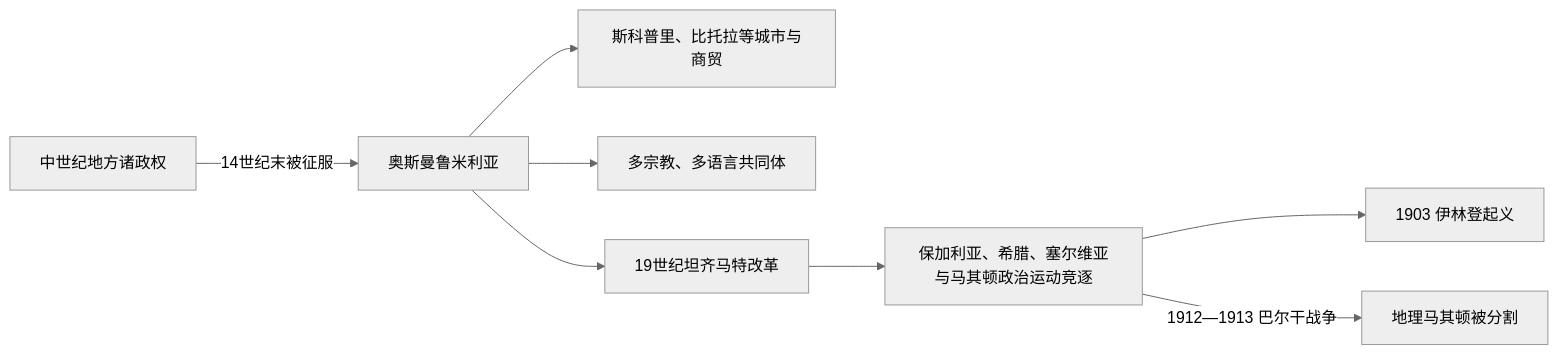
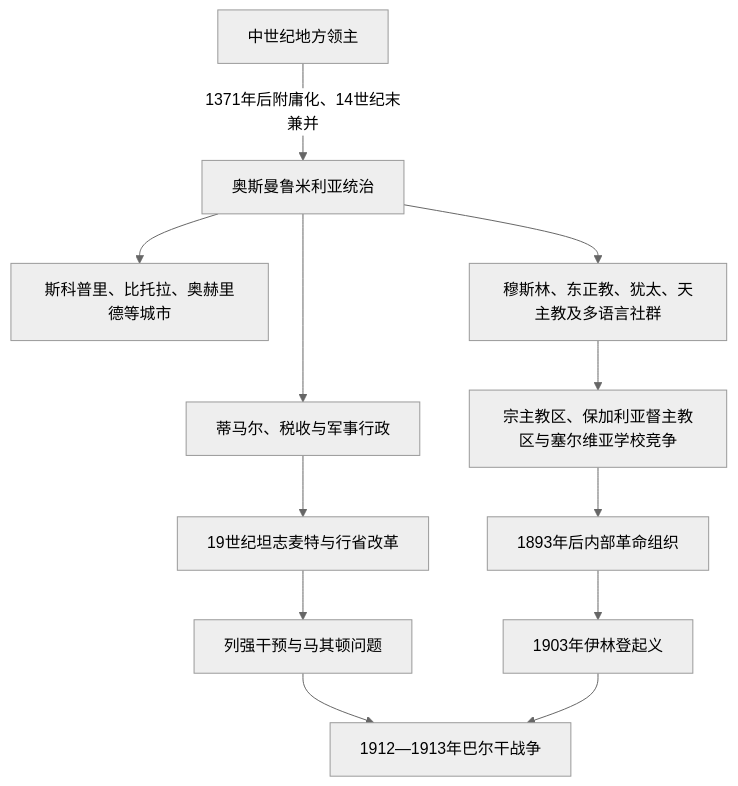
One commit to tianlan-dev/learning-notes changed the diagram in 人文科学/历史/欧洲/东南欧与巴尔干/北马其顿/奥斯曼统治下的马其顿地区.md. Above: the diagram before and after it, drawn with Mermaid (neutral theme). The commit also changed other lines of this file and 1417 other files, not shown here.

````diff
--- a/人文科学/历史/欧洲/东南欧与巴尔干/北马其顿/奥斯曼统治下的马其顿地区.md
+++ b/人文科学/历史/欧洲/东南欧与巴尔干/北马其顿/奥斯曼统治下的马其顿地区.md
@@ -17,10 +15,14 @@
 ```mermaid
-flowchart LR
-  Medieval["中世纪地方诸政权"] -->|"14世纪末被征服"| Ottoman["奥斯曼鲁米利亚"]
-  Ottoman --> Cities["斯科普里、比托拉等城市与商贸"]
-  Ottoman --> Communities["多宗教、多语言共同体"]
-  Ottoman --> Tanzimat["19世纪坦齐马特改革"]
-  Tanzimat --> Competition["保加利亚、希腊、塞尔维亚与马其顿政治运动竞逐"]
-  Competition --> Ilinden["1903 伊林登起义"]
-  Competition -->|"1912—1913 巴尔干战争"| Partition["地理马其顿被分割"]
+flowchart TD
+    Lords["中世纪地方领主"] -->|1371年后附庸化、14世纪末兼并| Ottoman["奥斯曼鲁米利亚统治"]
+    Ottoman --> Timar["蒂马尔、税收与军事行政"]
+    Ottoman --> Cities["斯科普里、比托拉、奥赫里德等城市"]
+    Ottoman --> Communities["穆斯林、东正教、犹太、天主教及多语言社群"]
+    Timar --> Tanzimat["19世纪坦志麦特与行省改革"]
+    Communities --> ChurchSchools["宗主教区、保加利亚督主教区与塞尔维亚学校竞争"]
+    Tanzimat --> NationalQuestion["列强干预与马其顿问题"]
+    ChurchSchools --> IMRO["1893年后内部革命组织"]
+    IMRO --> Ilinden["1903年伊林登起义"]
+    NationalQuestion --> BalkanWars["1912—1913年巴尔干战争"]
+    Ilinden --> BalkanWars
 ```
````
